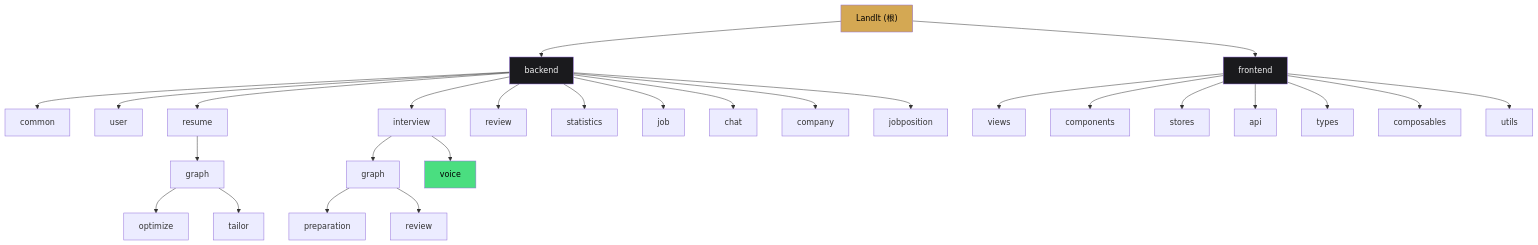
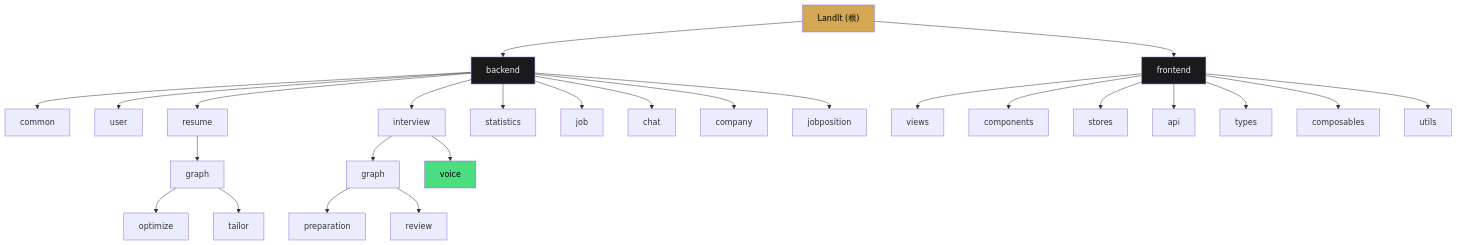
The diagram in CLAUDE.md (AzirZsk/CareerForge), drawn with Mermaid before and after one commit. The commit also changed other lines of this file and 27 other files, not shown here.

````diff
--- a/CLAUDE.md
+++ b/CLAUDE.md
@@ -68,41 +69,40 @@
 ```mermaid
 graph TD
     A["LandIt (根)"] --> B["backend"]
     A --> C["frontend"]
 
     B --> B1["common"]
     B --> B2["user"]
     B --> B3["resume"]
     B --> B4["interview"]
-    B --> B5["review"]
-    B --> B6["statistics"]
-    B --> B7["job"]
-    B --> B8["chat"]
-    B --> B9["company"]
-    B --> B10["jobposition"]
+    B --> B5["statistics"]
+    B --> B6["job"]
+    B --> B7["chat"]
+    B --> B8["company"]
+    B --> B9["jobposition"]
 
     B3 --> B3a["graph"]
     B3a --> B3a1["optimize"]
     B3a --> B3a2["tailor"]
 
     B4 --> B4a["graph"]
     B4a --> B4a1["preparation"]
     B4a --> B4a2["review"]
     B4 --> B4b["voice"]
 
     C --> C1["views"]
     C --> C2["components"]
     C --> C3["stores"]
     C --> C4["api"]
     C --> C5["types"]
     C --> C6["composables"]
     C --> C7["utils"]
 
     click B "./backend/CLAUDE.md" "查看 backend 模块文档"
     click C "./frontend/CLAUDE.md" "查看 frontend 模块文档"
 
     style A fill:#d4a853,color:#000
     style B fill:#1a1a1d,color:#f4f4f5
     style C fill:#1a1a1d,color:#f4f4f5
     style B4b fill:#4ade80,color:#000
 ```
````
